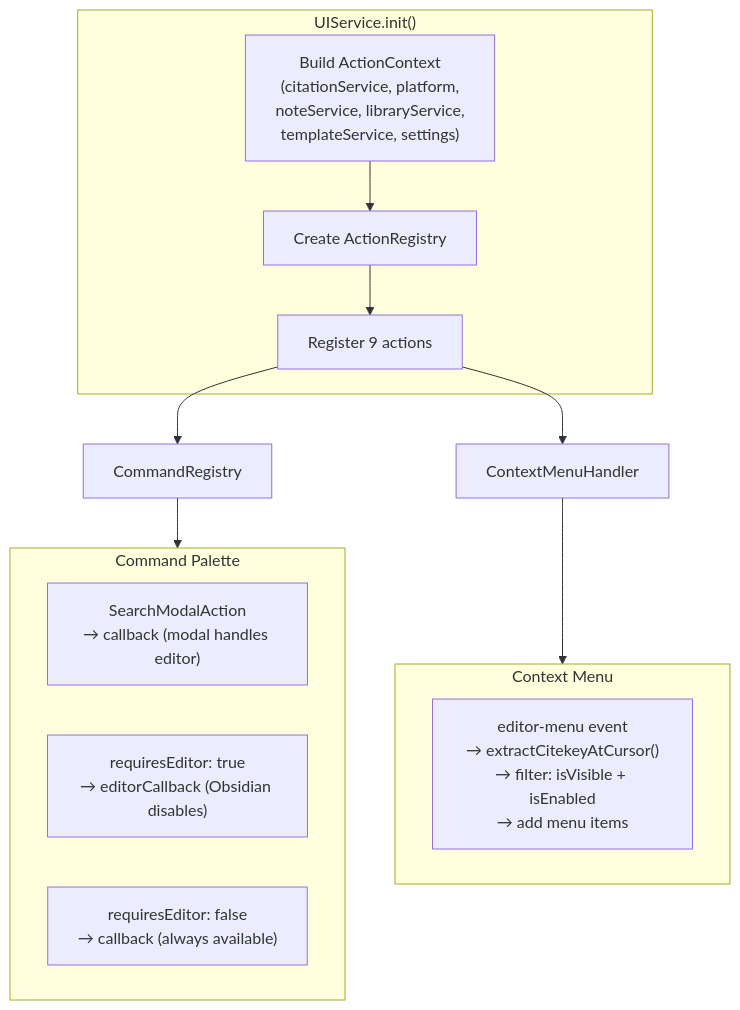
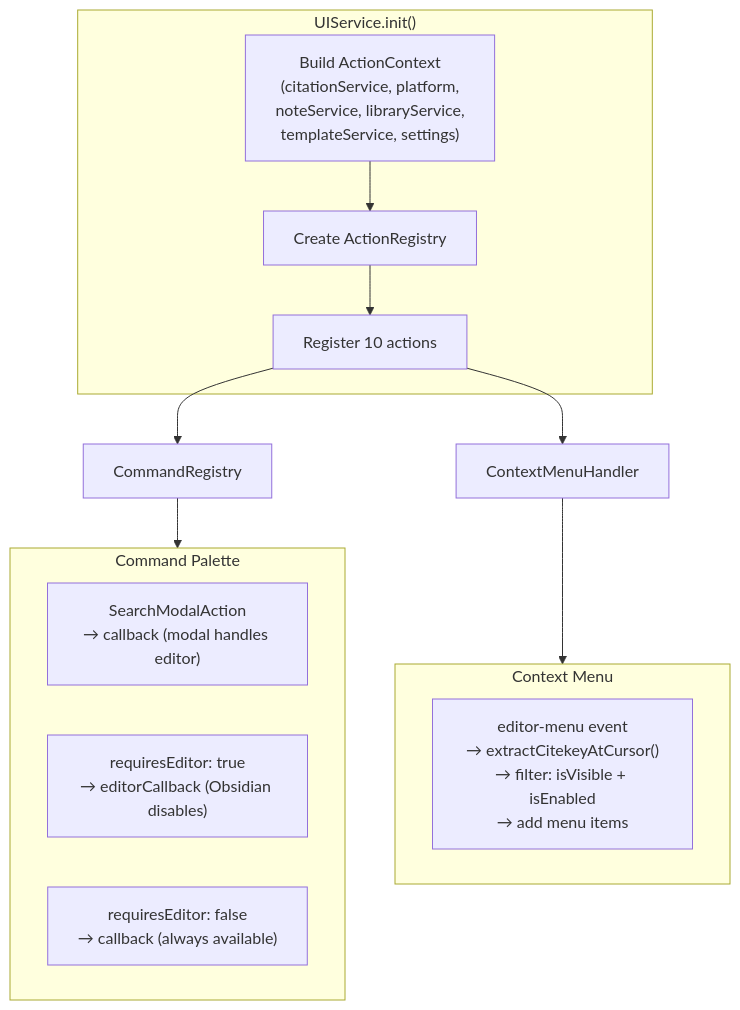
One commit to akhmialeuski/obsidian-citation-extended changed diagram 13 of 23 in docs/architecture.md. Above: the diagram before and after it, drawn with Mermaid. The commit also changed other lines of this file and 5 other files, not shown here.

````diff
--- a/docs/architecture.md
+++ b/docs/architecture.md
@@ -661,25 +662,25 @@
 ```mermaid
 flowchart TD
     subgraph UIService["UIService.init()"]
         CTX["Build ActionContext\n(citationService, platform,\nnoteService, libraryService,\ntemplateService, settings)"]
         REG["Create ActionRegistry"]
         CTX --> REG
-        REG --> REG_ACTIONS["Register 9 actions"]
+        REG --> REG_ACTIONS["Register 10 actions"]
     end
 
     REG_ACTIONS --> CR["CommandRegistry"]
     REG_ACTIONS --> CM["ContextMenuHandler"]
 
     subgraph CommandPalette["Command Palette"]
         CP1["SearchModalAction\n→ callback (modal handles editor)"]
         CP2["requiresEditor: true\n→ editorCallback (Obsidian disables)"]
         CP3["requiresEditor: false\n→ callback (always available)"]
     end
 
     subgraph ContextMenu["Context Menu"]
         CME["editor-menu event\n→ extractCitekeyAtCursor()\n→ filter: isVisible + isEnabled\n→ add menu items"]
     end
 
     CR --> CommandPalette
     CM --> ContextMenu
 ```
````
